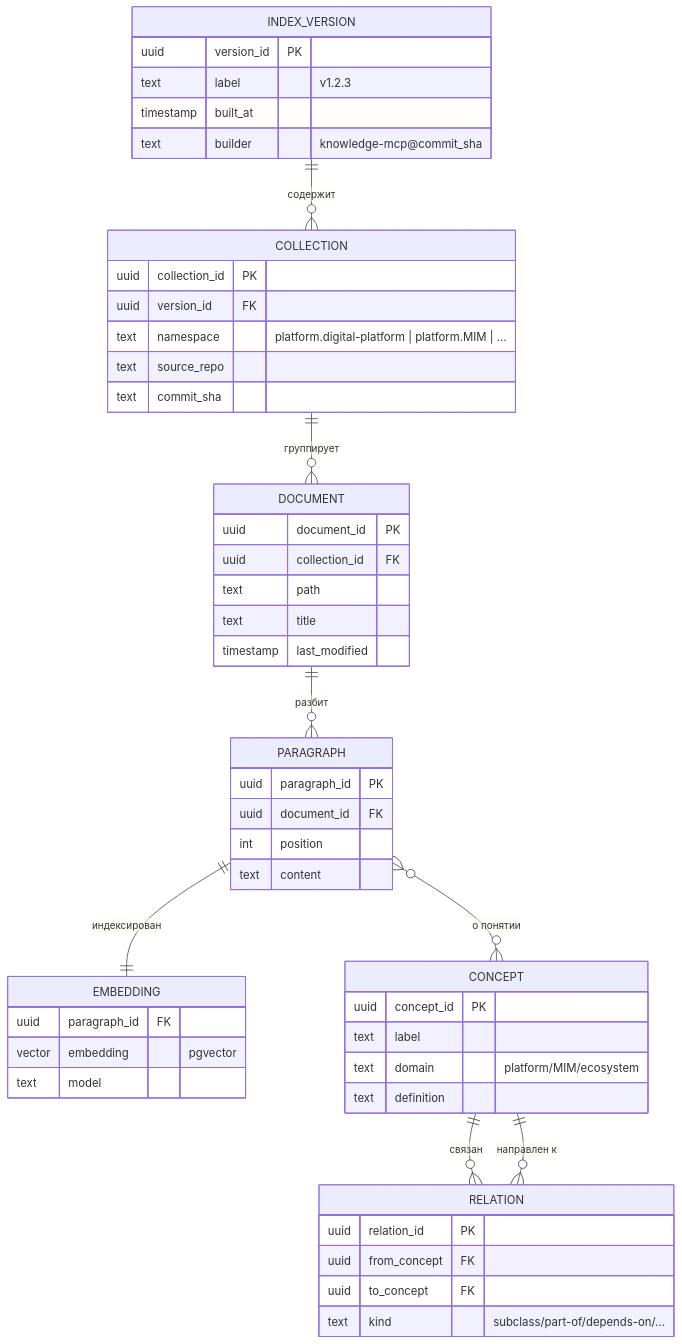
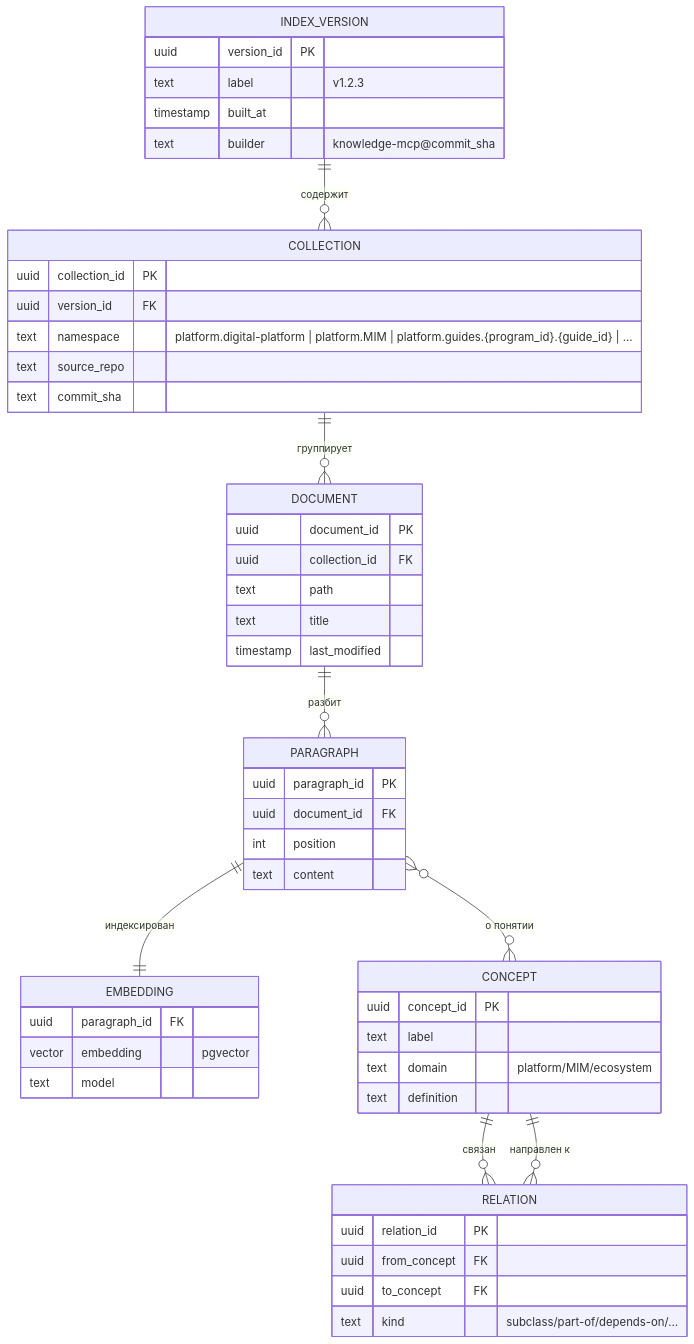
The eighth of 17 diagrams in pack/digital-platform/02-domain-entities/DP.ARCH.004-neon-data-architecture.md (TserenTserenov/PACK-digital-platform), drawn with Mermaid before and after one commit. The commit also changed other lines of this file and 2 other files, not shown here.

````diff
--- a/pack/digital-platform/02-domain-entities/DP.ARCH.004-neon-data-architecture.md
+++ b/pack/digital-platform/02-domain-entities/DP.ARCH.004-neon-data-architecture.md
@@ -737,54 +790,54 @@
 ```mermaid
 erDiagram
     INDEX_VERSION ||--o{ COLLECTION : "содержит"
     COLLECTION ||--o{ DOCUMENT : "группирует"
     DOCUMENT ||--o{ PARAGRAPH : "разбит"
     PARAGRAPH ||--|| EMBEDDING : "индексирован"
     CONCEPT ||--o{ RELATION : "связан"
     RELATION }o--|| CONCEPT : "направлен к"
     PARAGRAPH }o--o{ CONCEPT : "о понятии"
 
     INDEX_VERSION {
         uuid version_id PK
         text label "v1.2.3"
         timestamp built_at
         text builder "knowledge-mcp@commit_sha"
     }
     COLLECTION {
         uuid collection_id PK
         uuid version_id FK
-        text namespace "platform.digital-platform | platform.MIM | …"
+        text namespace "platform.digital-platform | platform.MIM | platform.guides.{program_id}.{guide_id} | …"
         text source_repo
         text commit_sha
     }
     DOCUMENT {
         uuid document_id PK
         uuid collection_id FK
         text path
         text title
         timestamp last_modified
     }
     PARAGRAPH {
         uuid paragraph_id PK
         uuid document_id FK
         int position
         text content
     }
     EMBEDDING {
         uuid paragraph_id FK
         vector embedding "pgvector"
         text model
     }
     CONCEPT {
         uuid concept_id PK
         text label
         text domain "platform/MIM/ecosystem"
         text definition
     }
     RELATION {
         uuid relation_id PK
         uuid from_concept FK
         uuid to_concept FK
         text kind "subclass/part-of/depends-on/…"
     }
 ```
````
